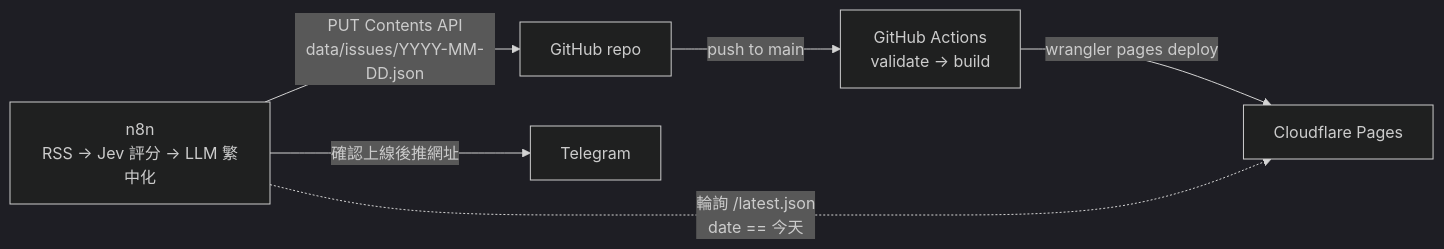
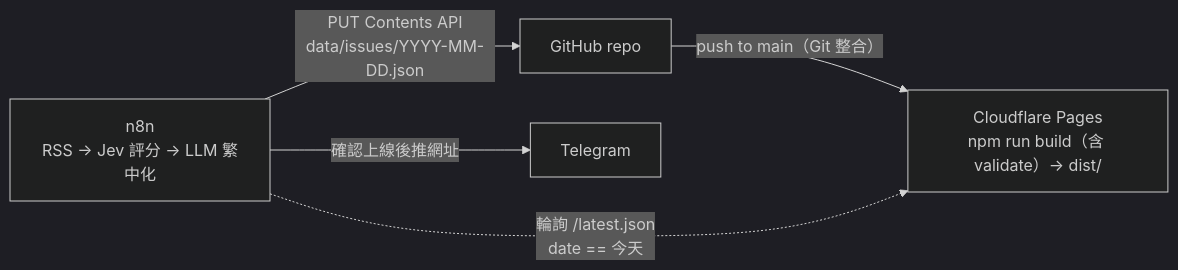
Before and after one commit to finrod-chen/daily-paper: the diagram in README.md, drawn with Mermaid (dark theme). The commit also changed other lines of this file and 1 other file, not shown here.

First line of the commit message:
Remove GitHub Actions deploy workflow; document Cloudflare Git integration

````diff
--- a/README.md
+++ b/README.md
@@ -11,8 +11,7 @@
 ```mermaid
 flowchart LR
   N8N["n8n<br/>RSS → Jev 評分 → LLM 繁中化"] -- "PUT Contents API<br/>data/issues/YYYY-MM-DD.json" --> GH[GitHub repo]
-  GH -- "push to main" --> GA["GitHub Actions<br/>validate → build"]
-  GA -- "wrangler pages deploy" --> CF[Cloudflare Pages]
+  GH -- "push to main（Git 整合）" --> CF["Cloudflare Pages<br/>npm run build（含 validate）→ dist/"]
   N8N -. "輪詢 /latest.json<br/>date == 今天" .-> CF
   N8N -- "確認上線後推網址" --> TG[Telegram]
 ```
````
